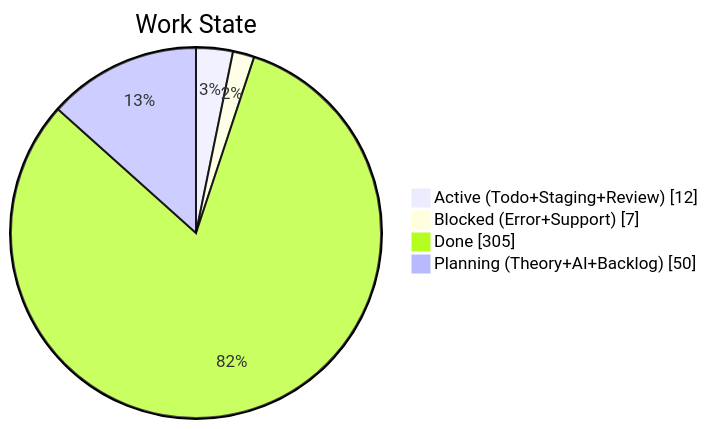
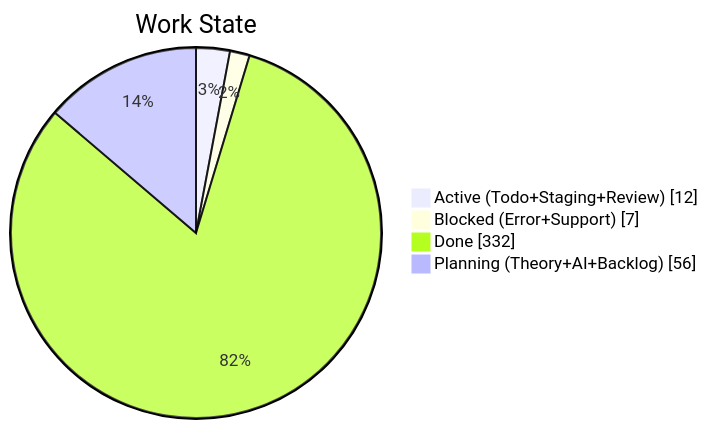
The second of 4 diagrams in apps/kbve/astro-kbve/src/content/docs/dashboard/kanban-data.mdx (KBVE/kbve), drawn with Mermaid before and after one commit. The commit also changed other lines of this file and 7 other files, not shown here.

````diff
--- a/apps/kbve/astro-kbve/src/content/docs/dashboard/kanban-data.mdx
+++ b/apps/kbve/astro-kbve/src/content/docs/dashboard/kanban-data.mdx
@@ -68,8 +68,8 @@
 ```mermaid
 pie showData
     title Work State
     "Active (Todo+Staging+Review)" : 12
     "Blocked (Error+Support)" : 7
-    "Done" : 305
-    "Planning (Theory+AI+Backlog)" : 50
+    "Done" : 332
+    "Planning (Theory+AI+Backlog)" : 56
 ```
````
